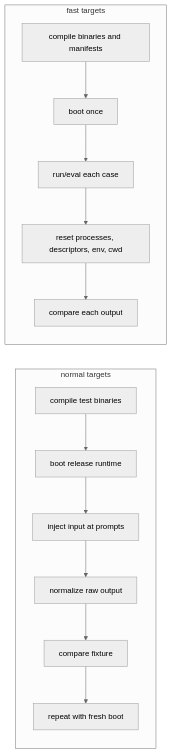
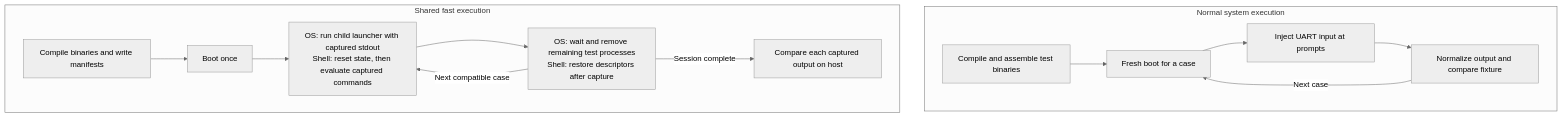
One commit to matthejue/Pico-OS changed diagram 30 of 30 in README.md. Above: the diagram before and after it, drawn with Mermaid (neutral theme). The commit also changed other lines of this file, not shown here.

Commit message:
updated README with clearer explanations, diagrams, and source links

````diff
--- a/README.md
+++ b/README.md
@@ -3862,17 +4480,16 @@
 ```mermaid
-flowchart LR
-    subgraph Normal["normal targets"]
-        N1["compile test binaries"] --> N2["boot release runtime"]
-        N2 --> N3["inject input at prompts"]
-        N3 --> N4["normalize raw output"]
-        N4 --> N5["compare fixture"]
-        N5 --> N6["repeat with fresh boot"]
+flowchart TD
+    subgraph Normal["Normal system execution"]
+        N1["Compile and assemble test binaries"] --> N2["Fresh boot for a case"]
+        N2 --> N3["Inject UART input at prompts"]
+        N3 --> N4["Normalize output and compare fixture"]
+        N4 -->|Next case| N2
     end
-
-    subgraph Fast["fast targets"]
-        F1["compile binaries and manifests"] --> F2["boot once"]
-        F2 --> F3["run/eval each case"]
-        F3 --> F4["reset processes, descriptors, env, cwd"]
-        F4 --> F5["compare each output"]
+    subgraph Fast["Shared fast execution"]
+        F1["Compile binaries and write manifests"] --> F2["Boot once"]
+        F2 --> F3["OS: run child launcher with captured stdout<br/>Shell: reset state, then evaluate captured commands"]
+        F3 --> F4["OS: wait and remove remaining test processes<br/>Shell: restore descriptors after capture"]
+        F4 -->|Next compatible case| F3
+        F4 -->|Session complete| F5["Compare each captured output on host"]
     end
 ```
````
